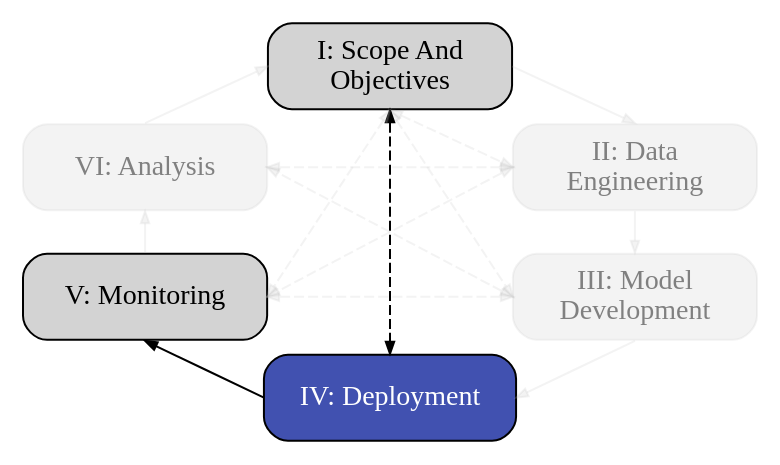
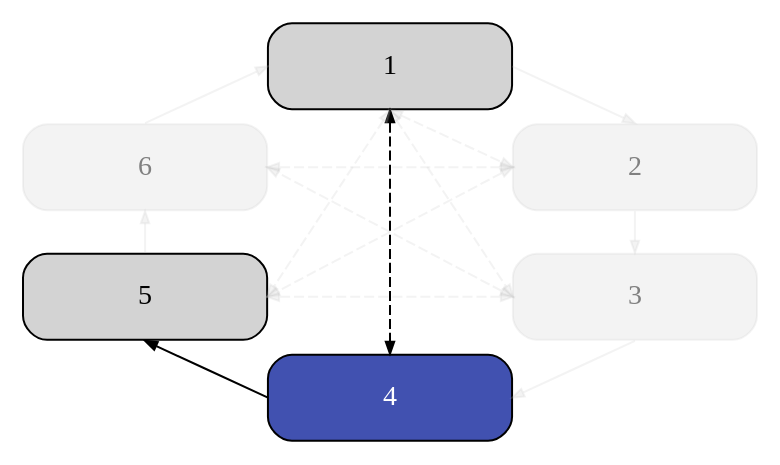
Before and after one commit to aria-ml/dataeval: the fifth of 7 diagrams in docs/source/concepts/workflows/ML_Lifecycle.md, drawn with Graphviz. The commit also changed other lines of this file and 1 other file, not shown here.

Commit message:
Fix graphviz theming and markdown links

````diff
--- a/docs/source/concepts/workflows/ML_Lifecycle.md
+++ b/docs/source/concepts/workflows/ML_Lifecycle.md
@@ -190,31 +198,31 @@
 ```{graphviz}
    
    digraph flowchart {
       node [shape=box,width=1.7,height=0.6]
       edge [arrowsize=0.6]
       layout="neato"
 
-      1 [label="I: Scope And\nObjectives",style="rounded,filled",pos="1.7,2.5!",xref=":ref:`scope-and-objectives`"]
-      2 [label="II: Data\nEngineering",style="rounded,filled",pos="3.4,1.8!",xref=":ref:`data-engineering`",fontcolor="gray",color="#C0C0C030",fillcolor="#C0C0C030"]
-      3 [label="III: Model\nDevelopment",style="rounded,filled",pos="3.4,0.9!",xref=":ref:`model-development`",fontcolor="gray",color="#C0C0C030",fillcolor="#C0C0C030"]
-      4 [label="IV: Deployment",style="rounded,filled",pos="1.7,0.2!",fillcolor="#4151B0",fontcolor="white"]
-      5 [label="V: Monitoring",style="rounded,filled",pos="0.0,0.9!",xref=":ref:`monitoring`"]
-      6 [label="VI: Analysis",style="rounded,filled",pos="0.0,1.8!",xref=":ref:`analysis`",fontcolor="gray",color="#C0C0C030",fillcolor="#C0C0C030"]
+      1 [xref="{ref}`Scope And Objectives <scope-and-objectives>`",style="rounded,filled",pos="1.7,2.5!"]
+      2 [xref="{ref}`Data Engineering <data-engineering>`",style="rounded,filled",pos="3.4,1.8!",fontcolor="gray",color="#C0C0C030",fillcolor="#C0C0C030"]
+      3 [xref="{ref}`Model Development<model-development>`",style="rounded,filled",pos="3.4,0.9!",fontcolor="gray",color="#C0C0C030",fillcolor="#C0C0C030"]
+      4 [xref="{ref}`Deployment <deployment>`",style="rounded,filled",pos="1.7,0.2!",fillcolor="#4151B0",fontcolor="white"]
+      5 [xref="{ref}`Monitoring <monitoring>`",style="rounded,filled",pos="0.0,0.9!"]
+      6 [xref="{ref}`Analysis <analysis>`",style="rounded,filled",pos="0.0,1.8!",fontcolor="gray",color="#C0C0C030",fillcolor="#C0C0C030"]
       
       1:e->2:n [color="#C0C0C030",fillcolor="#C0C0C030"]
       2:s->3:n [color="#C0C0C030",fillcolor="#C0C0C030"]
       3:s->4:e [color="#C0C0C030",fillcolor="#C0C0C030"]
       4:w->5:s
       5:n->6:s [color="#C0C0C030",fillcolor="#C0C0C030"]
       6:n->1:w [color="#C0C0C030",fillcolor="#C0C0C030"]
 
       1:s->3:w [dir=both,style=dashed,color="#C0C0C030",fillcolor="#C0C0C030"]
       1:s->4:n [dir=both,style=dashed]
       1:s->5:e [dir=both,style=dashed,color="#C0C0C030",fillcolor="#C0C0C030"]
       1:s->2:w [dir=both,style=dashed,color="#C0C0C030",fillcolor="#C0C0C030"]
       2:w->5:e [dir=both,style=dashed,color="#C0C0C030",fillcolor="#C0C0C030"]
       2:w->6:e [dir=both,style=dashed,color="#C0C0C030",fillcolor="#C0C0C030"]
       3:w->5:e [dir=both,style=dashed,color="#C0C0C030",fillcolor="#C0C0C030"]
       3:w->6:e [dir=both,style=dashed,color="#C0C0C030",fillcolor="#C0C0C030"]
    }
 ```
````
